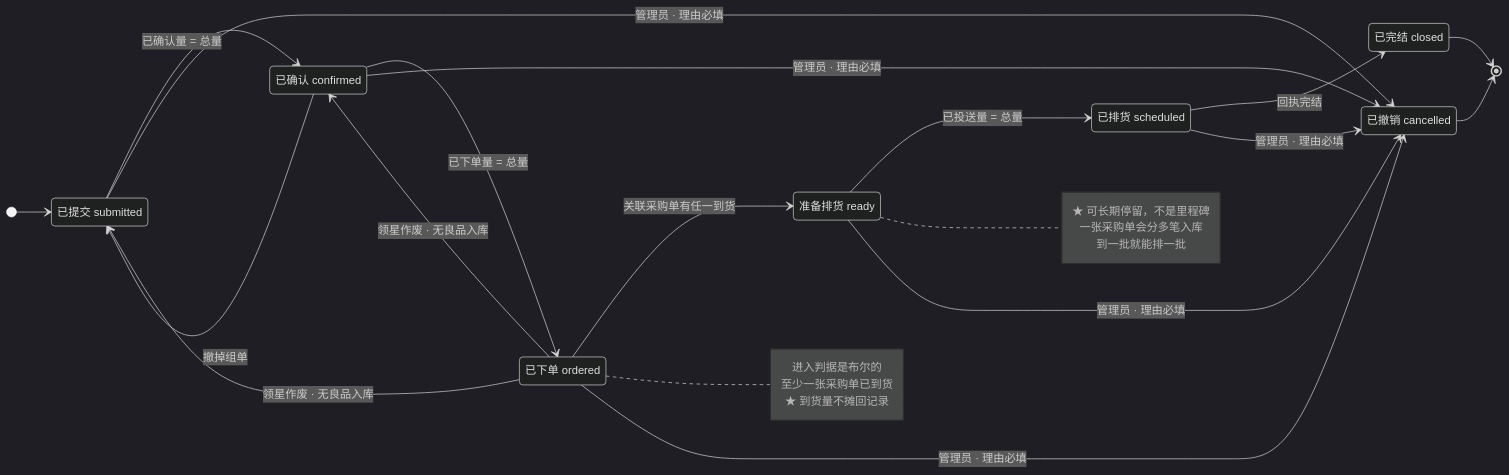
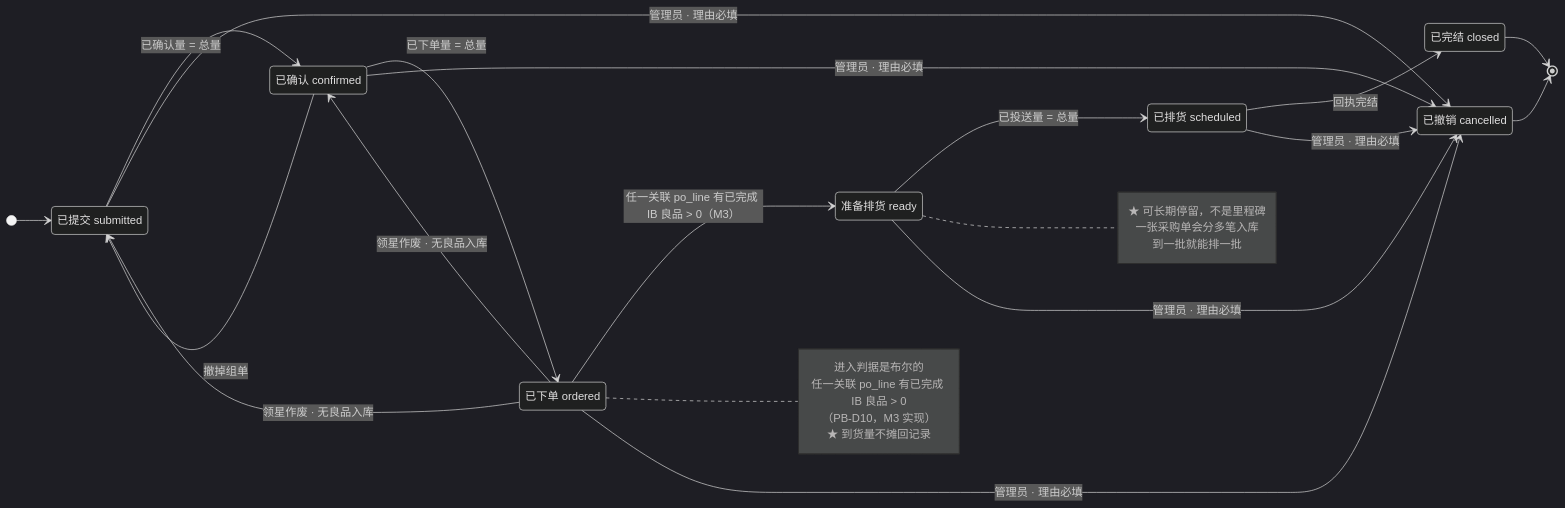
Before and after one commit to DuoWeiTree/service_supplychain: the first of 3 diagrams in docs/04-状态流转.md, drawn with Mermaid (dark theme). The commit also changed other lines of this file and 7 other files, not shown here.

````diff
--- a/docs/04-状态流转.md
+++ b/docs/04-状态流转.md
@@ -154,43 +154,44 @@
 ```mermaid
 stateDiagram-v2
     direction LR
     state "已提交 submitted" as submitted
     state "已确认 confirmed" as confirmed
     state "已下单 ordered" as ordered
     state "准备排货 ready" as ready
     state "已排货 scheduled" as scheduled
     state "已完结 closed" as closed
     state "已撤销 cancelled" as cancelled
     [*] --> submitted
 
     submitted --> confirmed : 已确认量 = 总量
     confirmed --> ordered : 已下单量 = 总量
-    ordered --> ready : 关联采购单有任一到货
+    ordered --> ready : 任一关联 po_line 有已完成 IB 良品 > 0（M3）
     ready --> scheduled : 已投送量 = 总量
     scheduled --> closed : 回执完结
 
     confirmed --> submitted : 撤掉组单
     ordered --> confirmed : 领星作废 · 无良品入库
     ordered --> submitted : 领星作废 · 无良品入库
 
     note right of ready
         ★ 可长期停留，不是里程碑
         一张采购单会分多笔入库
         到一批就能排一批
     end note
 
     note right of ordered
         进入判据是布尔的
-        至少一张采购单已到货
+        任一关联 po_line 有已完成 IB 良品 > 0
+        （PB-D10，M3 实现）
         ★ 到货量不摊回记录
     end note
 
     submitted --> cancelled : 管理员 · 理由必填
     confirmed --> cancelled : 管理员 · 理由必填
     ordered --> cancelled : 管理员 · 理由必填
     ready --> cancelled : 管理员 · 理由必填
     scheduled --> cancelled : 管理员 · 理由必填
 
     closed --> [*]
     cancelled --> [*]
 ```
````
